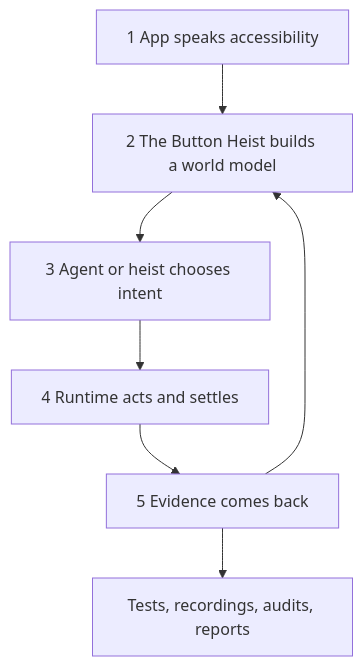
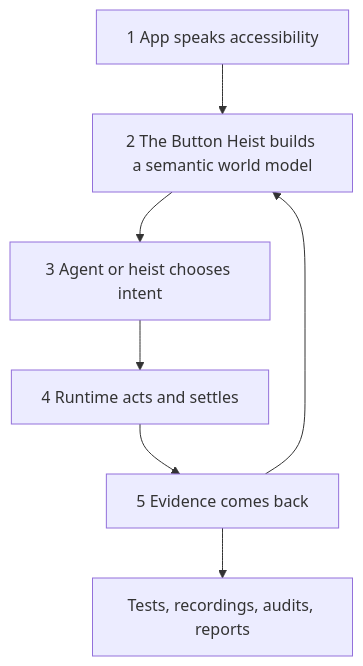
The first of 2 diagrams in README.md (RoyalPineapple/TheButtonHeist), drawn with Mermaid before and after one commit.

Commit message:
Update Button Heist description in README

````diff
--- a/README.md
+++ b/README.md
@@ -30,16 +30,16 @@
 ```mermaid
 flowchart TB
     AX["1 App speaks accessibility"]
-    Model["2 The Button Heist builds a world model"]
+    Model["2 The Button Heist builds a semantic world model"]
     Intent["3 Agent or heist chooses intent"]
     Runtime["4 Runtime acts and settles"]
     Evidence["5 Evidence comes back"]
     Output["Tests, recordings, audits, reports"]
 
     AX --> Model
     Model --> Intent
     Intent --> Runtime
     Runtime --> Evidence
     Evidence --> Model
     Evidence --> Output
 ```
````
